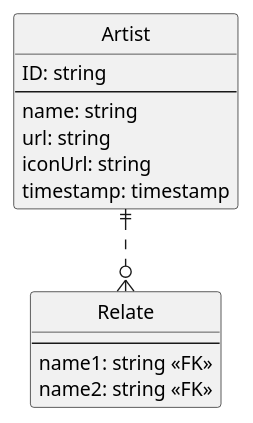
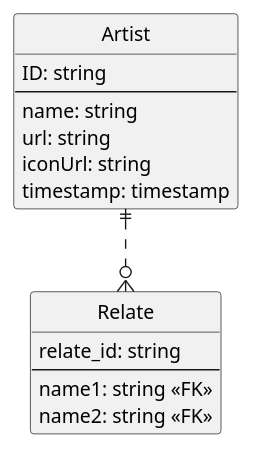
Before and after one commit to RY908/spotify_recommendation: the diagram in database.pu, drawn with PlantUML. The commit also changed 7 other files, not shown here.

```diff
--- a/database.pu
+++ b/database.pu
@@ -1,21 +1,22 @@
 @startuml 
 
 hide circle
 
 entity "Artist" {
   ID: string
   --
   name: string
   url: string
   iconUrl: string
   timestamp: timestamp
 }
 
 entity "Relate" {
+  relate_id: string
   --
   name1: string <<FK>>
   name2: string <<FK>>
 }
 
 Artist ||..o{ Relate
 @enduml
```
